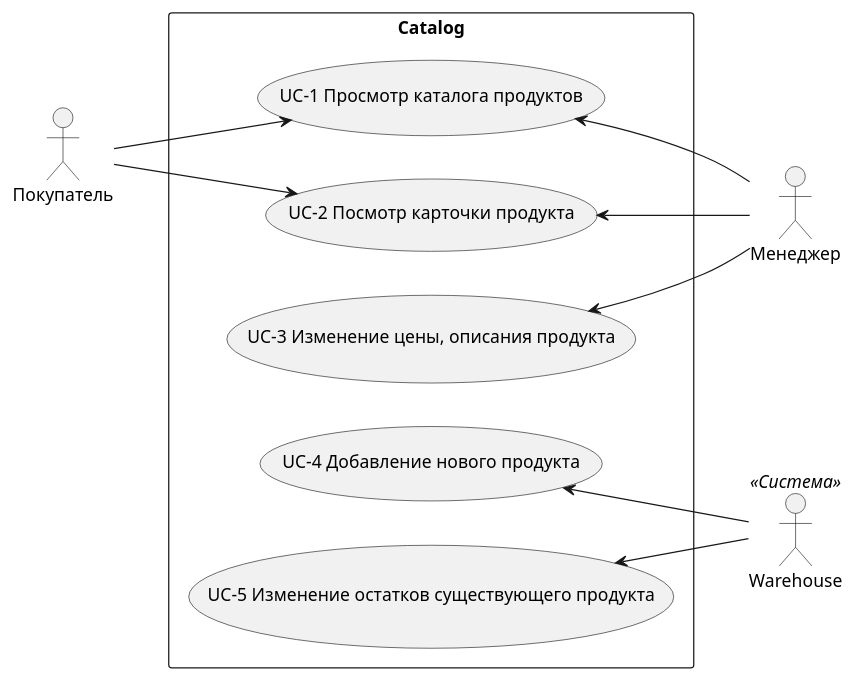
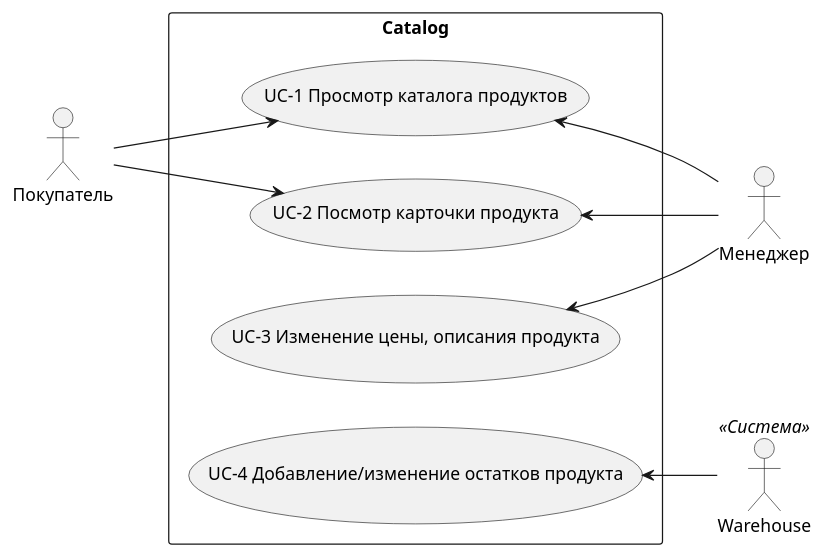
Before and after one commit to gerzhan/knigaexpert-system-design: the fourth of 4 diagrams in services/catalog/README.md, drawn with PlantUML. The commit also changed other lines of this file and 1 other file, not shown here.

````diff
--- a/services/catalog/README.md
+++ b/services/catalog/README.md
@@ -142,32 +176,29 @@
 ```plantuml
 left to right direction
 skinparam packageStyle rectangle
 
 actor Покупатель as client
 actor Менеджер as manager
 actor Warehouse as warehouse << Система >>
 
 rectangle Catalog {
   usecase (UC-1 Просмотр каталога продуктов) as UC1
   usecase (UC-2 Посмотр карточки продукта) as UC2
   usecase (UC-3 Изменение цены, описания продукта) as UC3
-  usecase (UC-4 Добавление нового продукта) as UC4
-  usecase (UC-5 Изменение остатков существующего продукта) as UC5
+  usecase (UC-4 Добавление/изменение остатков продукта) as UC4
 
   url of UC1 is [[use-cases/uc-1.md]]
   url of UC2 is [[use-cases/uc-2.md]]
   url of UC3 is [[use-cases/uc-3.md]]
   url of UC4 is [[use-cases/uc-4.md]]
-  url of UC5 is [[use-cases/uc-5.md]]
 }
 
 client --> UC1
 client --> UC2
 
 UC1 <-- manager
 UC2 <-- manager
 UC3 <-- manager
 
 UC4<-- warehouse
-UC5<-- warehouse
 ```
````
